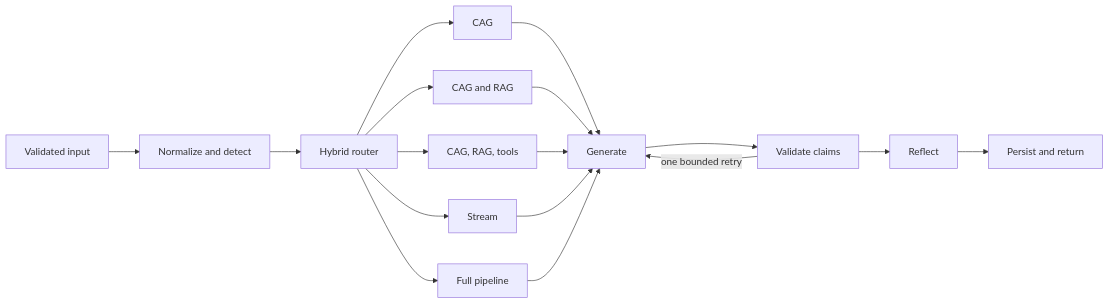
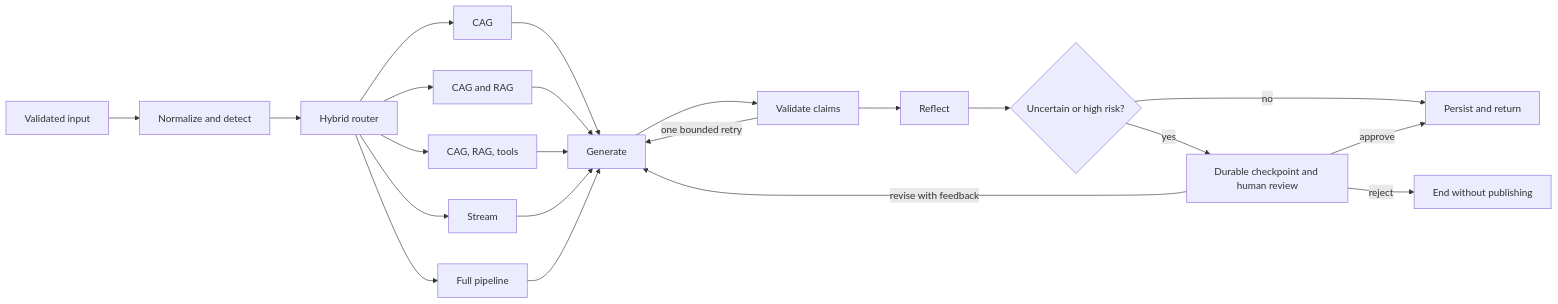
Before and after one commit to danterolle/vera: the diagram in docs/architecture.md, drawn with Mermaid. The commit also changed other lines of this file and 14 other files, not shown here.

Commit message:
feat: add human review to workflow explorer

````diff
--- a/docs/architecture.md
+++ b/docs/architecture.md
@@ -7,19 +7,24 @@
 ```mermaid
 flowchart LR
     I[Validated input] --> N[Normalize and detect]
     N --> R[Hybrid router]
     R --> C[CAG]
     R --> G[CAG and RAG]
     R --> T[CAG, RAG, tools]
     R --> S[Stream]
     R --> F[Full pipeline]
     C --> A[Generate]
     G --> A
     T --> A
     S --> A
     F --> A
     A --> V[Validate claims]
     V -->|one bounded retry| A
     V --> X[Reflect]
-    X --> P[Persist and return]
+    X --> Q{Uncertain or high risk?}
+    Q -->|no| P[Persist and return]
+    Q -->|yes| H[Durable checkpoint and human review]
+    H -->|approve| P
+    H -->|reject| E[End without publishing]
+    H -->|revise with feedback| A
 ```
````
